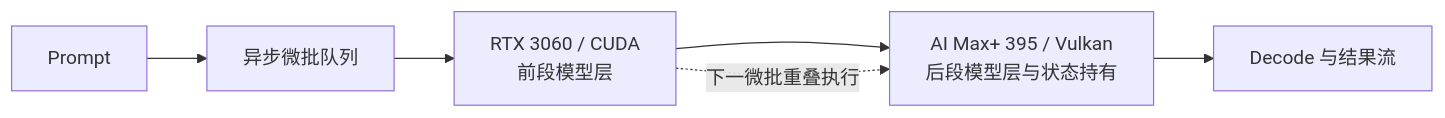
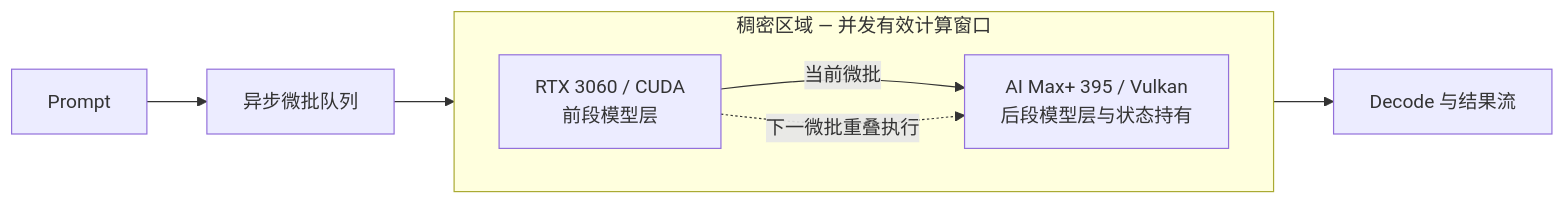
One commit to Soulmate-Halo/heterogeneous-gpu-pd-lab changed the diagram in README_ZH.md. Above: the diagram before and after it, drawn with Mermaid. The commit also changed other lines of this file, not shown here.

Commit message:
Publish AI Max+ 395 Dense Acceleration v2.5 docs

````diff
--- a/README_ZH.md
+++ b/README_ZH.md
@@ -18,8 +18,11 @@
 ```mermaid
 flowchart LR
     P[Prompt] --> Q[异步微批队列]
-    Q --> N[RTX 3060 / CUDA<br/>前段模型层]
-    N --> A[AI Max+ 395 / Vulkan<br/>后段模型层与状态持有]
+    subgraph D["稠密区域 — 并发有效计算窗口"]
+        direction LR
+        N[RTX 3060 / CUDA<br/>前段模型层] -->|当前微批| A[AI Max+ 395 / Vulkan<br/>后段模型层与状态持有]
+    end
+    Q --> N
     A --> O[Decode 与结果流]
     N -. 下一微批重叠执行 .-> A
 ```
````
